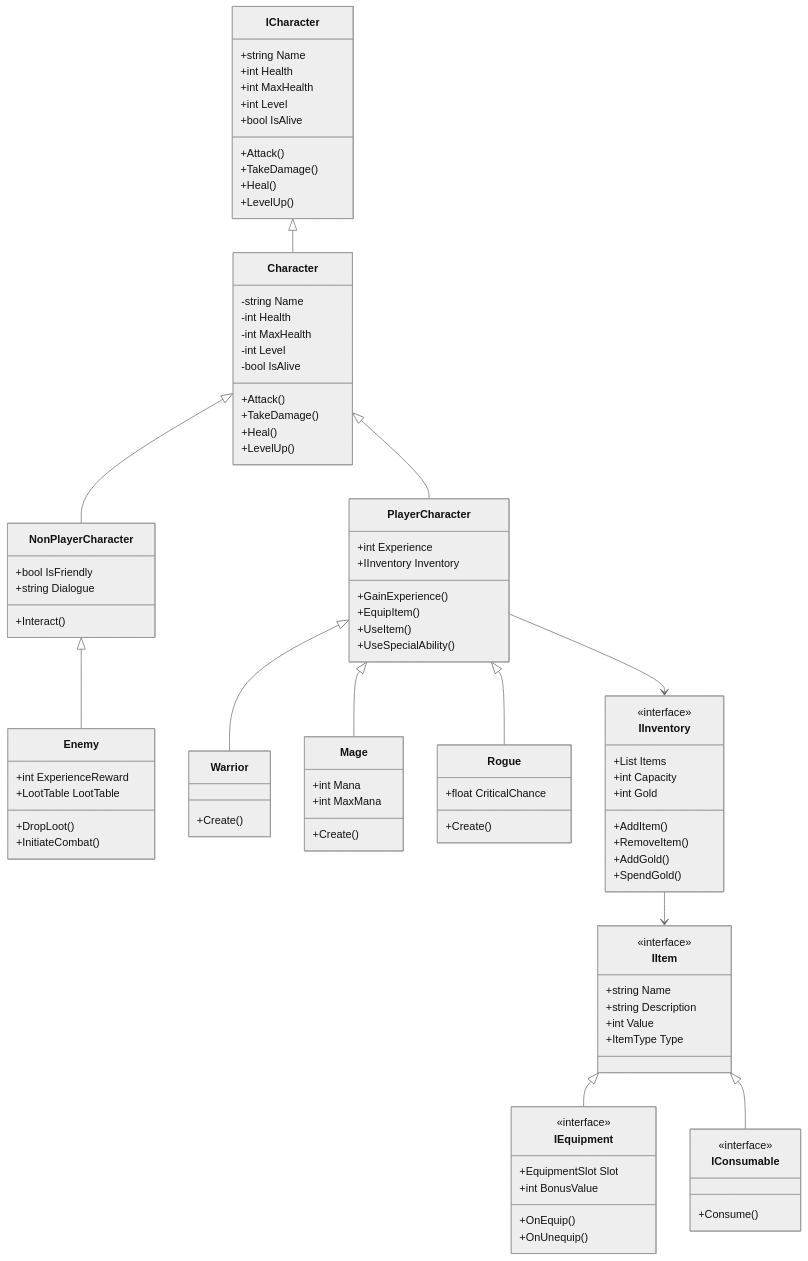
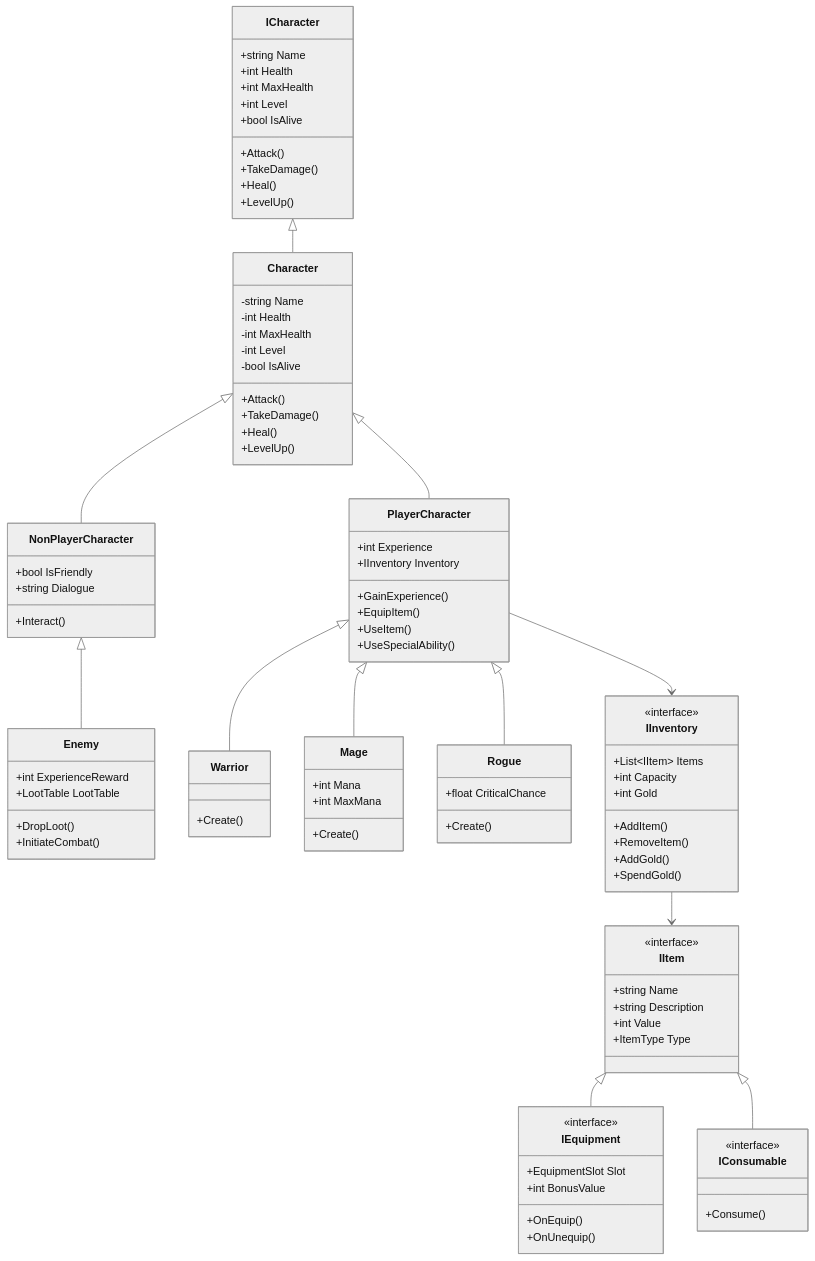
Before and after one commit to DawidGrzejek/RpgGame: the second of 3 diagrams in Readme.md, drawn with Mermaid (neutral theme). The commit also changed other lines of this file and 34 other files, not shown here.

First line of the commit message:
Enhance game save functionality and architecture

````diff
--- a/Readme.md
+++ b/Readme.md
@@ -335,108 +402,107 @@
 ```mermaid
 classDiagram
-class ICharacter {
-    +string Name
-    +int Health
-    +int MaxHealth
-    +int Level
-    +bool IsAlive
-    +Attack()
-    +TakeDamage()
-    +Heal()
-    +LevelUp()
-}
+    class ICharacter {
+        +string Name
+        +int Health
+        +int MaxHealth
+        +int Level
+        +bool IsAlive
+        +Attack()
+        +TakeDamage()
+        +Heal()
+        +LevelUp()
+    }
 
-class Character {
-    -string Name
-    -int Health
-    -int MaxHealth
-    -int Level
-    -bool IsAlive
-    +Attack()
-    +TakeDamage()
-    +Heal()
-    +LevelUp()
-}
+    class Character {
+        -string Name
+        -int Health
+        -int MaxHealth
+        -int Level
+        -bool IsAlive
+        +Attack()
+        +TakeDamage()
+        +Heal()
+        +LevelUp()
+    }
 
-class PlayerCharacter {
-    +int Experience
-    +IInventory Inventory
-    +GainExperience()
-    +EquipItem()
-    +UseItem()
-    +UseSpecialAbility()
-}
+    class PlayerCharacter {
+        +int Experience
+        +IInventory Inventory
+        +GainExperience()
+        +EquipItem()
+        +UseItem()
+        +UseSpecialAbility()
+    }
 
-class NonPlayerCharacter {
-    +bool IsFriendly
-    +string Dialogue
-    +Interact()
-}
+    class NonPlayerCharacter {
+        +bool IsFriendly
+        +string Dialogue
+        +Interact()
+    }
 
-class Enemy {
-    +int ExperienceReward
-    +LootTable LootTable
-    +DropLoot()
-    +InitiateCombat()
-}
+    class Enemy {
+        +int ExperienceReward
+        +LootTable LootTable
+        +DropLoot()
+        +InitiateCombat()
+    }
 
-class Warrior {
-    +Create()
-}
+    class Warrior {
+        +Create()
+    }
 
-class Mage {
-    +int Mana
-    +int MaxMana
-    +Create()
-}
+    class Mage {
+        +int Mana
+        +int MaxMana
+        +Create()
+    }
 
-class Rogue {
-    +float CriticalChance
-    +Create()
-}
+    class Rogue {
+        +float CriticalChance
+        +Create()
+    }
 
-class IItem {
-    <<interface>>
-    +string Name
-    +string Description
-    +int Value
-    +ItemType Type
-}
+    class IItem {
+        <<interface>>
+        +string Name
+        +string Description
+        +int Value
+        +ItemType Type
+    }
 
-class IEquipment {
-    <<interface>>
-    +EquipmentSlot Slot
-    +int BonusValue
-    +OnEquip()
-    +OnUnequip()
-}
+    class IEquipment {
+        <<interface>>
+        +EquipmentSlot Slot
+        +int BonusValue
+        +OnEquip()
+        +OnUnequip()
+    }
 
-class IConsumable {
-    <<interface>>
-    +Consume()
-}
+    class IConsumable {
+        <<interface>>
+        +Consume()
+    }
 
-class IInventory {
-    <<interface>>
-    +List<IItem> Items
-    +int Capacity
-    +int Gold
-    +AddItem()
-    +RemoveItem()
-    +AddGold()
-    +SpendGold()
-}
+    class IInventory {
+        <<interface>>
+        +List~IItem~ Items
+        +int Capacity
+        +int Gold
+        +AddItem()
+        +RemoveItem()
+        +AddGold()
+        +SpendGold()
+    }
 
-ICharacter <|-- Character
-Character <|-- PlayerCharacter
-Character <|-- NonPlayerCharacter
-NonPlayerCharacter <|-- Enemy
-PlayerCharacter <|-- Warrior
-PlayerCharacter <|-- Mage
-PlayerCharacter <|-- Rogue
-IItem <|-- IEquipment
-IItem <|-- IConsumable
-PlayerCharacter --> IInventory
-IInventory --> IItem
-
+    ICharacter <|-- Character
+    Character <|-- PlayerCharacter
+    Character <|-- NonPlayerCharacter
+    NonPlayerCharacter <|-- Enemy
+    PlayerCharacter <|-- Warrior
+    PlayerCharacter <|-- Mage
+    PlayerCharacter <|-- Rogue
+    IItem <|-- IEquipment
+    IItem <|-- IConsumable
+    PlayerCharacter --> IInventory
+    IInventory --> IItem
 ```
````
